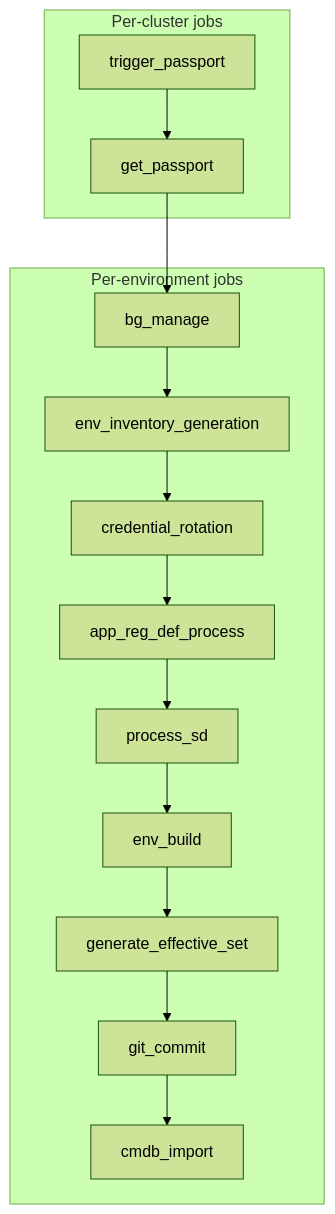
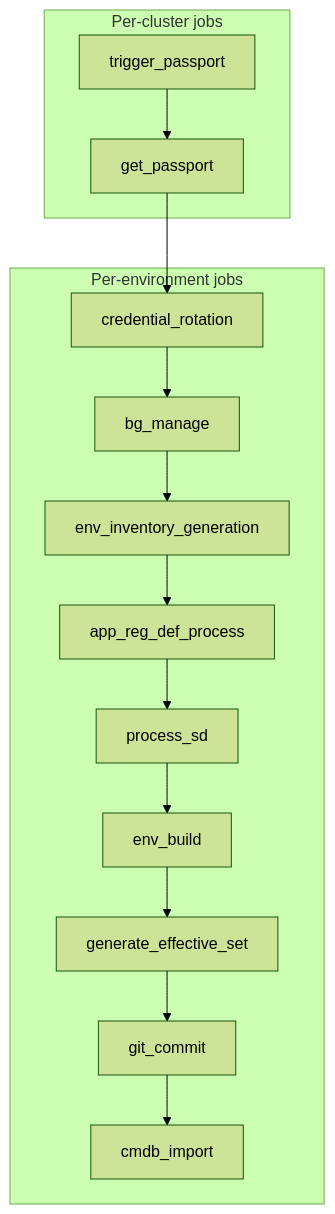
One commit to andyroode/qubership-envgene changed the diagram in docs/envgene-pipelines.md. Above: the diagram before and after it, drawn with Mermaid (forest theme). The commit also changed other lines of this file and 2 other files, not shown here.

First line of the commit message:
docs: update cred rotation job order (#1361) (#1457)

````diff
--- a/docs/envgene-pipelines.md
+++ b/docs/envgene-pipelines.md
@@ -25,17 +25,17 @@
 ```mermaid
 flowchart TB
     subgraph passport["Per-cluster jobs"]
         A[trigger_passport] --> B[get_passport]
     end
     subgraph per_env["Per-environment jobs"]
-        C[bg_manage] --> D[env_inventory_generation]
-        D --> E[credential_rotation]
+        C[credential_rotation] --> D[bg_manage]
+        D --> E[env_inventory_generation]
         E --> F[app_reg_def_process]
         F --> G[process_sd]
         G --> H[env_build]
         H --> I[generate_effective_set]
         I --> J[git_commit]
         J --> K[cmdb_import]
     end
     B --> C
 ```
````
